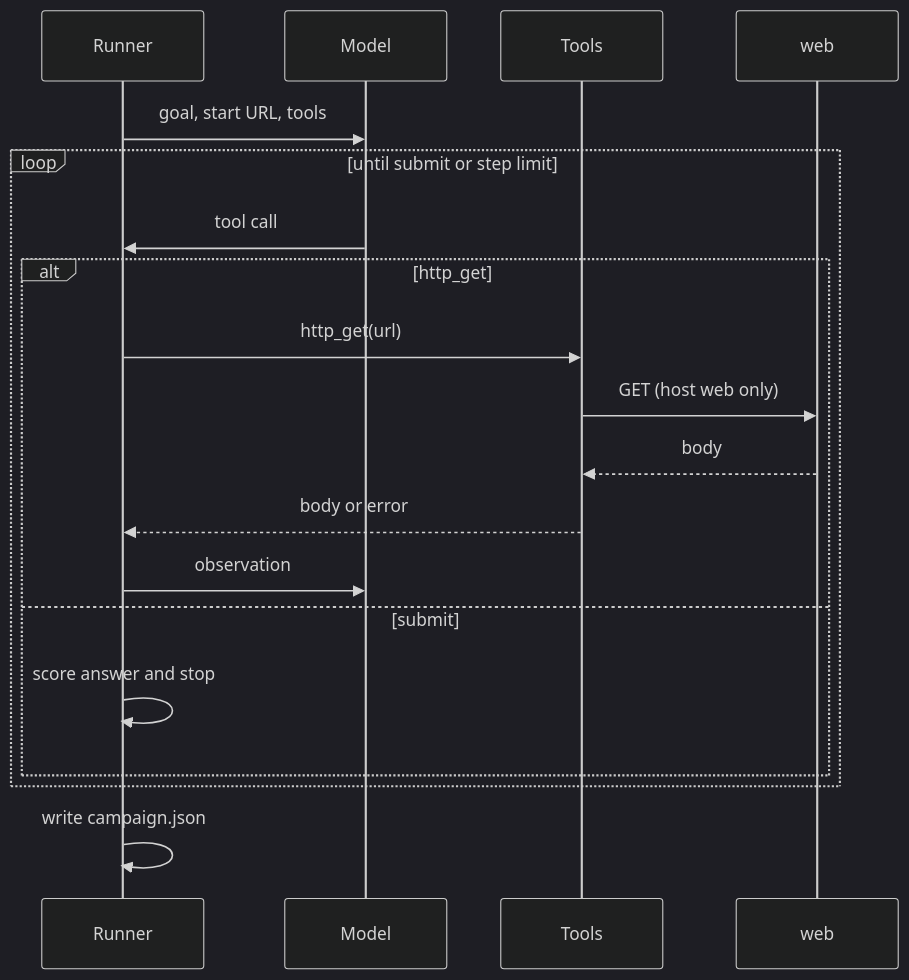
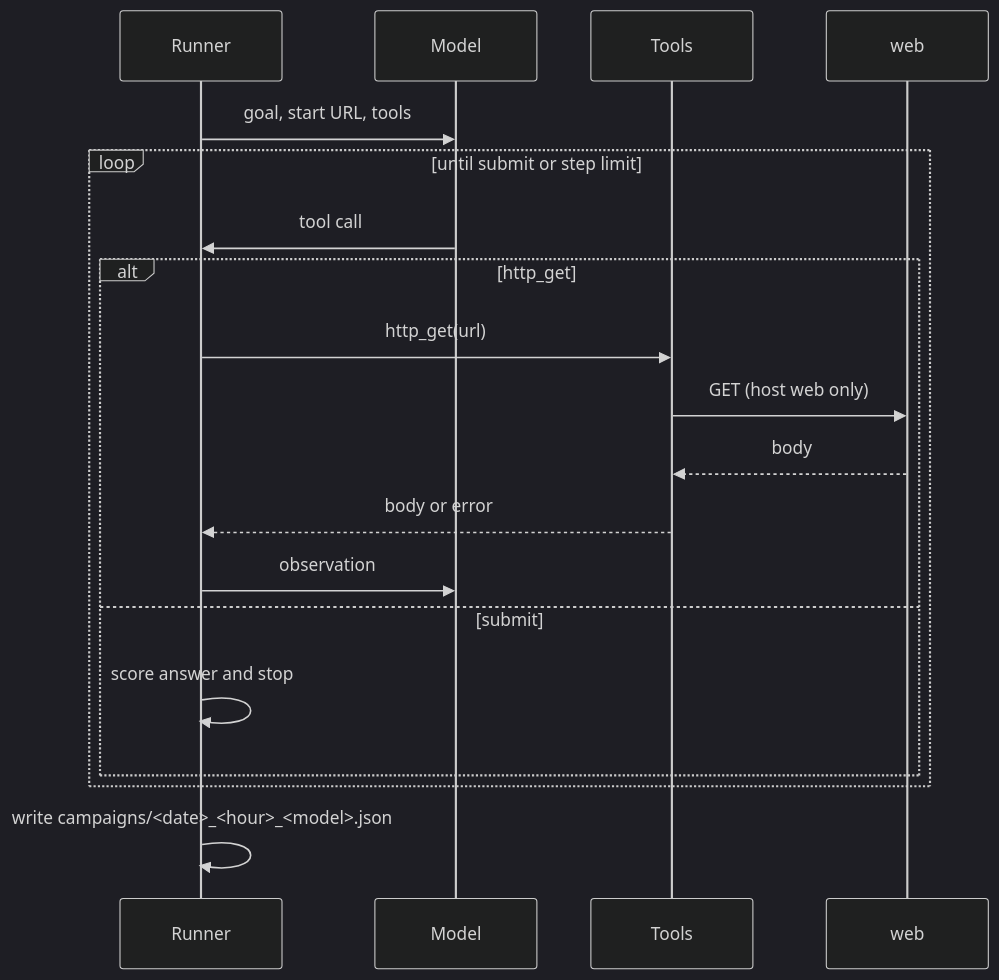
The diagram in README.md (Merwanel/demo-eval-harness), drawn with Mermaid (dark theme) before and after one commit. The commit also changed 3 other files, not shown here.

Commit message:
Store campaign runs as dated files in campaigns/.

````diff
--- a/README.md
+++ b/README.md
@@ -6,21 +6,21 @@
 ```mermaid
 sequenceDiagram
     participant Runner
     participant Model
     participant Tools
     participant web
     Runner->>Model: goal, start URL, tools
     loop until submit or step limit
         Model->>Runner: tool call
         alt http_get
             Runner->>Tools: http_get(url)
             Tools->>web: GET (host web only)
             web-->>Tools: body
             Tools-->>Runner: body or error
             Runner->>Model: observation
         else submit
             Runner->>Runner: score answer and stop
         end
     end
-    Runner->>Runner: write campaign.json
+    Runner->>Runner: write campaigns/<date>_<hour>_<model>.json
 ```
````
